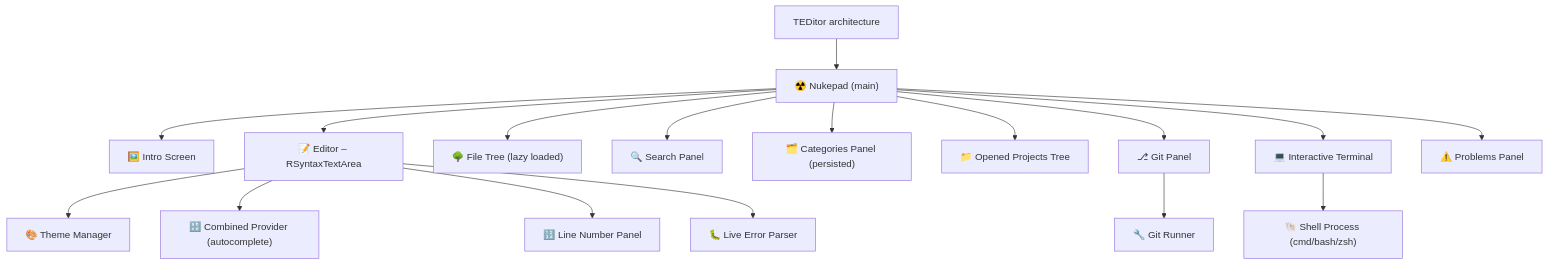
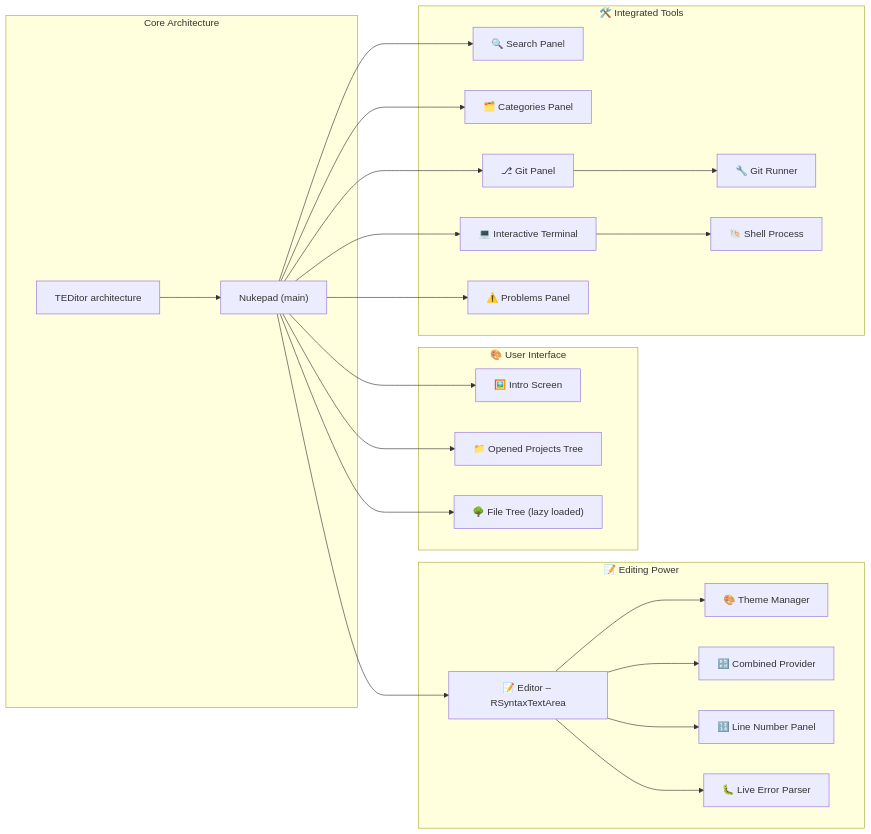
Before and after one commit to clatitapitita/Nukepad: the diagram in README.md, drawn with Mermaid.

Commit message:
billionth readme update

````diff
--- a/README.md
+++ b/README.md
@@ -29,21 +29,31 @@
 ```mermaid
-graph TD
-    X["TEDitor architecture"] --> A["☢️ Nukepad (main)"]
-    A --> B["🖼️ Intro Screen"]
-    A --> C["📝 Editor – RSyntaxTextArea"]
-    A --> D["🌳 File Tree (lazy loaded)"]
-    A --> E["🔍 Search Panel"]
-    A --> F["🗂️ Categories Panel (persisted)"]
-    A --> G["📁 Opened Projects Tree"]
-    A --> H["⎇ Git Panel"]
-    A --> I["💻 Interactive Terminal"]
-    A --> J["⚠️ Problems Panel"]
+%%{init: {'flowchart': {'nodeSpacing': 50, 'rankSpacing': 100}, 'themeVariables': {'fontSize': '16px', 'fontFamily': 'Inter'}}}%%
+graph LR
+    subgraph Core ["Core Architecture"]
+        X["TEDitor architecture"] --> A[" Nukepad (main)"]
+    end
 
-    C --> K["🎨 Theme Manager"]
-    C --> L["🔡 Combined Provider (autocomplete)"]
-    C --> M["🔢 Line Number Panel"]
-    C --> N["🐛 Live Error Parser"]
+    subgraph UI ["🎨 User Interface"]
+        A --> B["🖼️ Intro Screen"]
+        A --> G["📁 Opened Projects Tree"]
+        A --> D["🌳 File Tree (lazy loaded)"]
+    end
 
-    H --> O["🔧 Git Runner"]
-    I --> P["🐚 Shell Process (cmd/bash/zsh)"]
+    subgraph Editor ["📝 Editing Power"]
+        A --> C["📝 Editor – RSyntaxTextArea"]
+        C --> K["🎨 Theme Manager"]
+        C --> L["🔡 Combined Provider"]
+        C --> M["🔢 Line Number Panel"]
+        C --> N["🐛 Live Error Parser"]
+    end
+
+    subgraph Tools ["🛠️ Integrated Tools"]
+        A --> E["🔍 Search Panel"]
+        A --> F["🗂️ Categories Panel"]
+        A --> H["⎇ Git Panel"]
+        H --> O["🔧 Git Runner"]
+        A --> I["💻 Interactive Terminal"]
+        I --> P["🐚 Shell Process"]
+        A --> J["⚠️ Problems Panel"]
+    end
 ```
````
